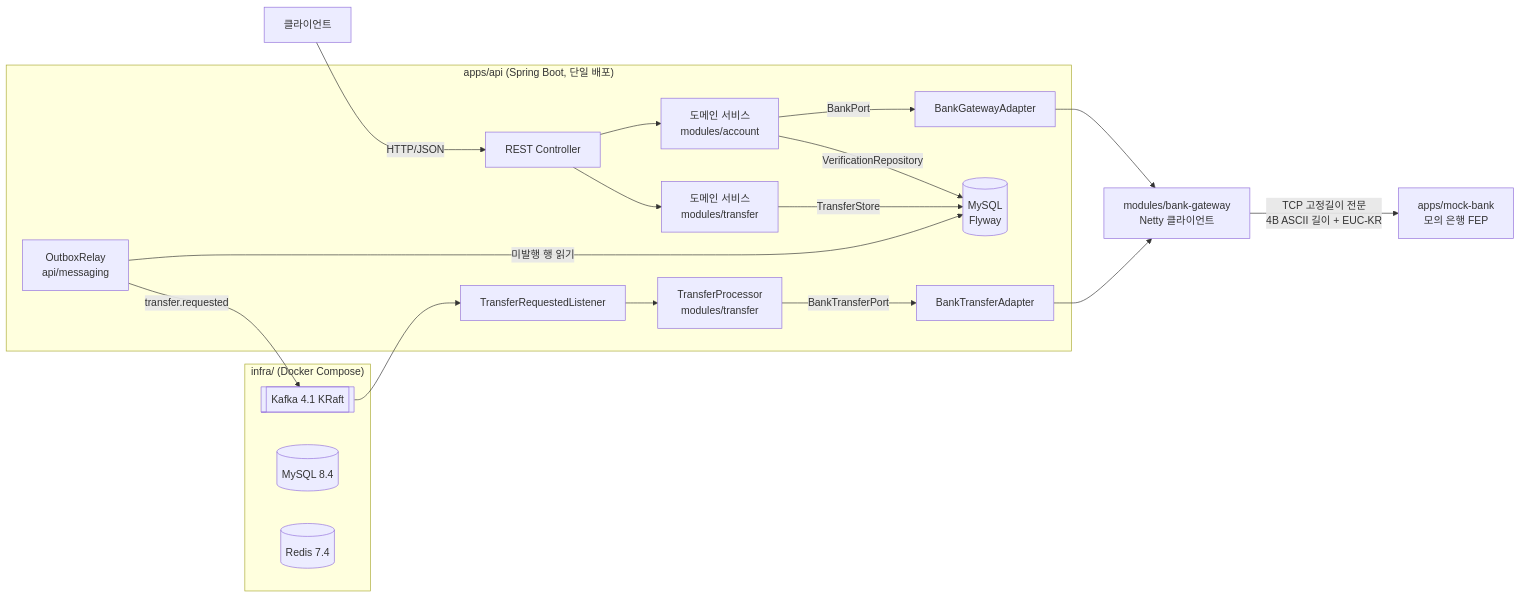
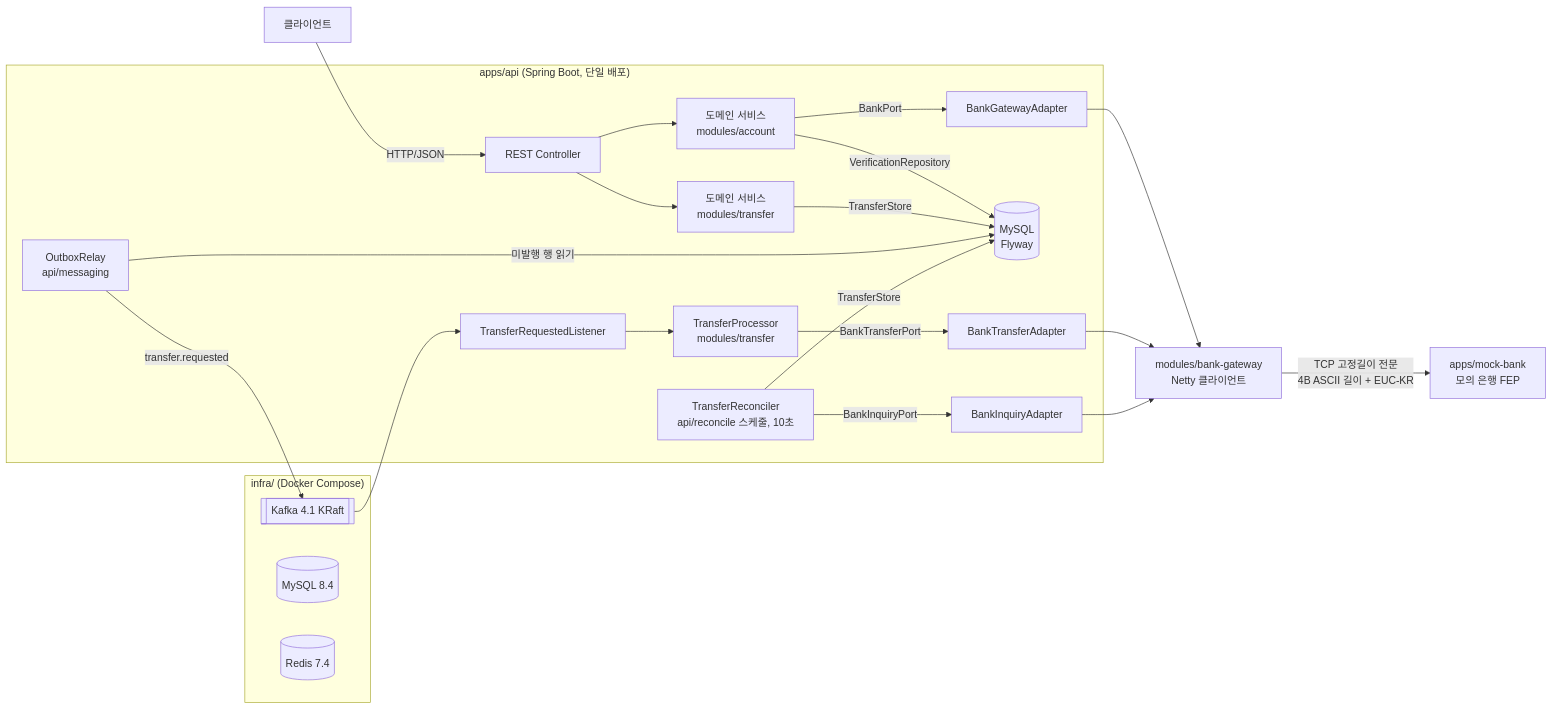
The first of 4 diagrams in ARCHITECTURE.md (hyeokjinON/bank-transfer), drawn with Mermaid before and after one commit. The commit also changed other lines of this file and 10 other files, not shown here.

````diff
--- a/ARCHITECTURE.md
+++ b/ARCHITECTURE.md
@@ -7,28 +7,31 @@
 ```mermaid
 flowchart LR
     C[클라이언트] -- "HTTP/JSON" --> API
 
     subgraph app ["apps/api (Spring Boot, 단일 배포)"]
         API[REST Controller] --> SVC[도메인 서비스<br/>modules/account]
         SVC -- "BankPort" --> ADP[BankGatewayAdapter]
         SVC -- "VerificationRepository" --> REPO[(MySQL<br/>Flyway)]
         API --> TRF[도메인 서비스<br/>modules/transfer]
         TRF -- "TransferStore" --> REPO
         RELAY[OutboxRelay<br/>api/messaging] -- "미발행 행 읽기" --> REPO
         LSN[TransferRequestedListener] --> PROC[TransferProcessor<br/>modules/transfer]
         PROC -- "BankTransferPort" --> TADP[BankTransferAdapter]
+        REC[TransferReconciler<br/>api/reconcile 스케줄, 10초] -- "TransferStore" --> REPO
+        REC -- "BankInquiryPort" --> IADP[BankInquiryAdapter]
     end
 
     RELAY -- "transfer.requested" --> KF
     KF --> LSN
 
     ADP --> GW["modules/bank-gateway<br/>Netty 클라이언트"]
     TADP --> GW
+    IADP --> GW
     GW -- "TCP 고정길이 전문<br/>4B ASCII 길이 + EUC-KR" --> BANK["apps/mock-bank<br/>모의 은행 FEP"]
 
     subgraph infra ["infra/ (Docker Compose)"]
         MY[(MySQL 8.4)]
         KF[[Kafka 4.1 KRaft]]
         RD[(Redis 7.4)]
     end
 ```
````
